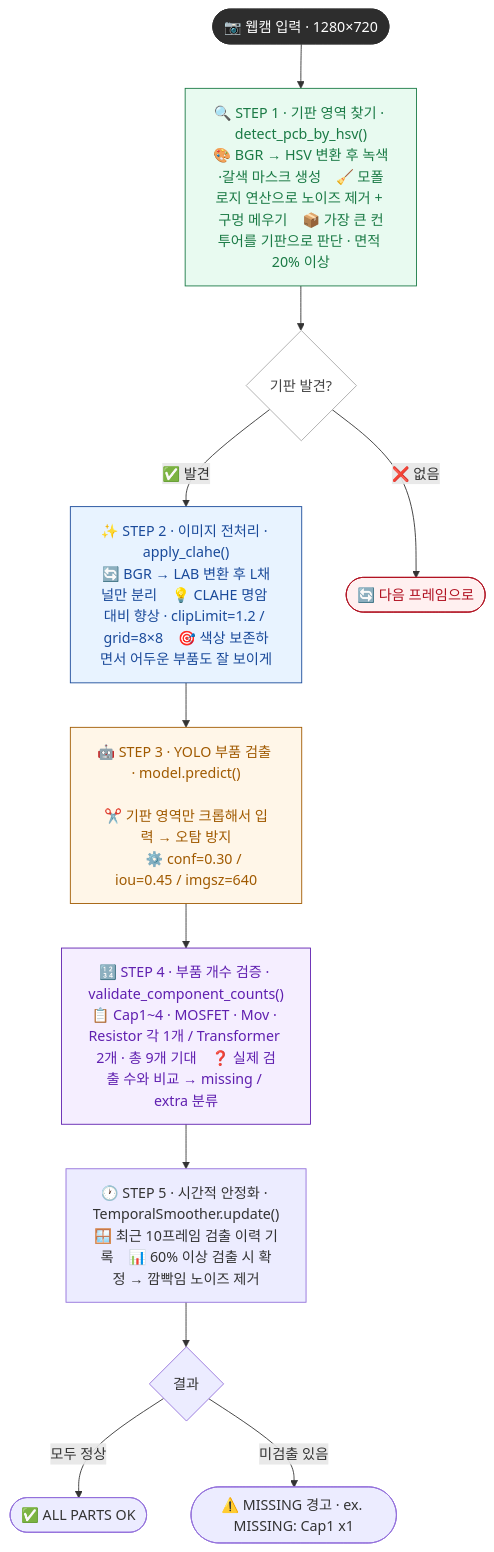
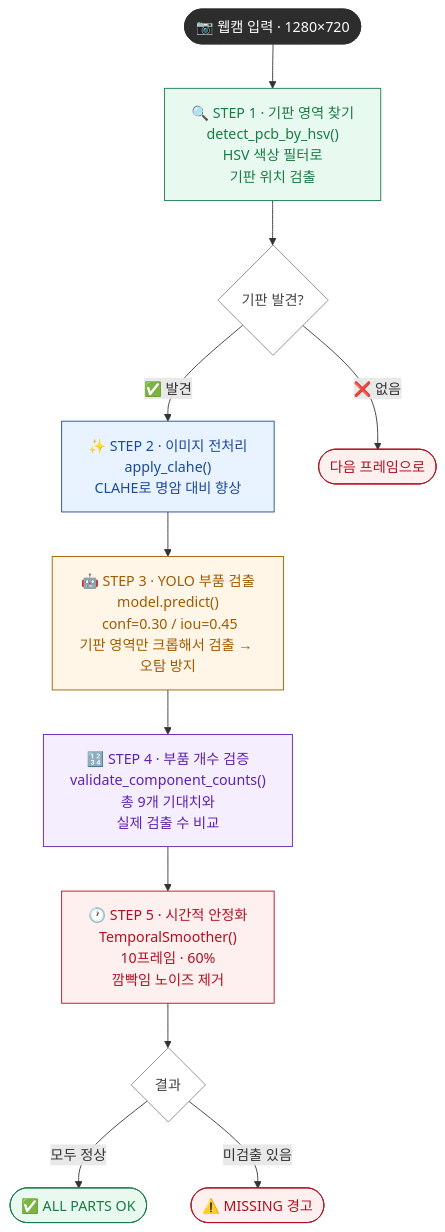
Before and after one commit to ddytyyxi/SmartManufacturing_OpenCV: the diagram in scripts/README.md, drawn with Mermaid. The commit also changed other lines of this file, not shown here.

Commit message:
Revise PCB detection pipeline details in README
Updated the PCB defect detection pipeline flowchart and instructions.

````diff
--- a/scripts/README.md
+++ b/scripts/README.md
@@ -15,35 +12,30 @@
 ```mermaid
 flowchart TD
     A([📷 웹캠 입력 · 1280×720])
-
-    A --> B["🔍 STEP 1 · 기판 영역 찾기 · detect_pcb_by_hsv()<br/>🎨 BGR → HSV 변환 후 녹색·갈색 마스크 생성 &nbsp;&nbsp; 🧹 모폴로지 연산으로 노이즈 제거 + 구멍 메우기 &nbsp;&nbsp; 📦 가장 큰 컨투어를 기판으로 판단 · 면적 20% 이상"]
-
+    A --> B["🔍 STEP 1 · 기판 영역 찾기<br/>detect_pcb_by_hsv()<br/>HSV 색상 필터로
+기판 위치 검출"]
     B --> C{기판 발견?}
     C -- "✅ 발견" --> D
-    C -- "❌ 없음" --> E([🔄 다음 프레임으로])
-
-    D["✨ STEP 2 · 이미지 전처리 · apply_clahe()<br/>🔄 BGR → LAB 변환 후 L채널만 분리 &nbsp;&nbsp; 💡 CLAHE 명암 대비 향상 · clipLimit=1.2 / grid=8×8 &nbsp;&nbsp; 🎯 색상 보존하면서 어두운 부품도 잘 보이게"]
-
-    D --> F["🤖 STEP 3 · YOLO 부품 검출 · model.predict()
-    <br/>✂️ 기판 영역만 크롭해서 입력 → 오탐 방지
-     ⚙️ conf=0.30 / iou=0.45 / imgsz=640"]
-
-    F --> G["🔢 STEP 4 · 부품 개수 검증 · validate_component_counts()<br/>📋 Cap1~4 · MOSFET · Mov · Resistor 각 1개 / Transformer 2개 · 총 9개 기대 &nbsp;&nbsp; ❓ 실제 검출 수와 비교 → missing / extra 분류"]
-
-    G --> H["🕐 STEP 5 · 시간적 안정화 · TemporalSmoother.update()<br/>🪟 최근 10프레임 검출 이력 기록 &nbsp;&nbsp; 📊 60% 이상 검출 시 확정 → 깜빡임 노이즈 제거"]
-
+    C -- "❌ 없음" --> E([다음 프레임으로])
+    D["✨ STEP 2 · 이미지 전처리<br/>apply_clahe()<br/>CLAHE로 명암 대비 향상"]
+    D --> F["🤖 STEP 3 · YOLO 부품 검출<br/>model.predict()
+ conf=0.30 / iou=0.45<br/>기판 영역만 크롭해서 검출 → 오탐 방지"]
+    F --> G["🔢 STEP 4 · 부품 개수 검증<br/>validate_component_counts()<br/>총 9개 기대치와
+실제 검출 수 비교"]
+    G --> H["🕐 STEP 5 · 시간적 안정화<br/>TemporalSmoother()
+ 10프레임 · 60%<br/>깜빡임 노이즈 제거"]
     H --> I{결과}
     I -- "모두 정상" --> J([✅ ALL PARTS OK])
-    I -- "미검출 있음" --> K([⚠️ MISSING 경고 · ex. MISSING: Cap1 x1])
-
+    I -- "미검출 있음" --> K([⚠️ MISSING 경고])
     style A fill:#2d2d2d,color:#fff,stroke:#2d2d2d
     style B fill:#e8faf0,stroke:#1a7a45,color:#1a7a45
-    style C fill:#fff,stroke:#aaa,color:#444
+    style C fill:#fff,stroke:#888,color:#444
     style D fill:#e8f3ff,stroke:#1a4a9a,color:#1a4a9a
     style E fill:#fff0f0,stroke:#b01020,color:#b01020
     style F fill:#fff6e8,stroke:#a05a00,color:#a05a00
     style G fill:#f5eeff,stroke:#6020b0,color:#6020b0
-
-
-
+    style H fill:#fff0f0,stroke:#b01020,color:#b01020
+    style I fill:#fff,stroke:#888,color:#444
+    style J fill:#e8faf0,stroke:#1a7a45,color:#1a7a45
+    style K fill:#fff0f0,stroke:#b01020,color:#b01020
 ```
````
